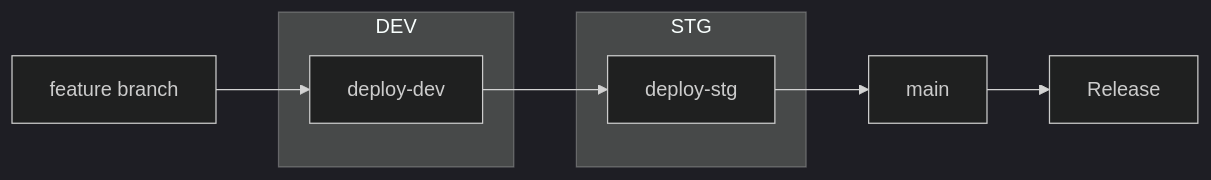
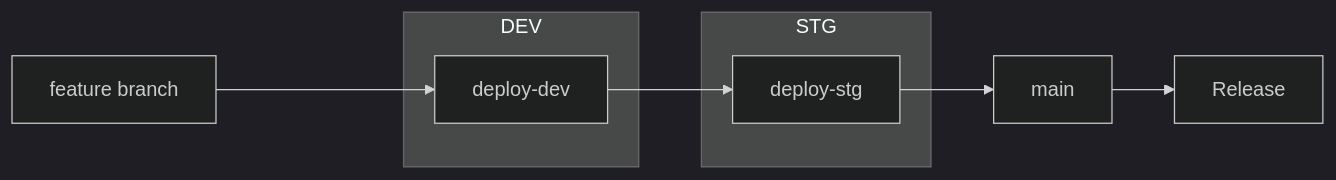
The diagram in Gates-Workflow.md (fritzramos-gf/Workflows), drawn with Mermaid (dark theme) before and after one commit.

````diff
--- a/Gates-Workflow.md
+++ b/Gates-Workflow.md
@@ -1,23 +1,23 @@
 ```mermaid
 flowchart LR
-    A[feature branch] --> B
+    A[feature branch] ----> B
     subgraph DEV
         B[deploy-dev]
     end
     B --> C
     subgraph STG
         C[deploy-stg]
     end
     
     C --> D[main] 
     D --> E[Release]
 
 
 
 
 
 
 
 
 
 ```
````
